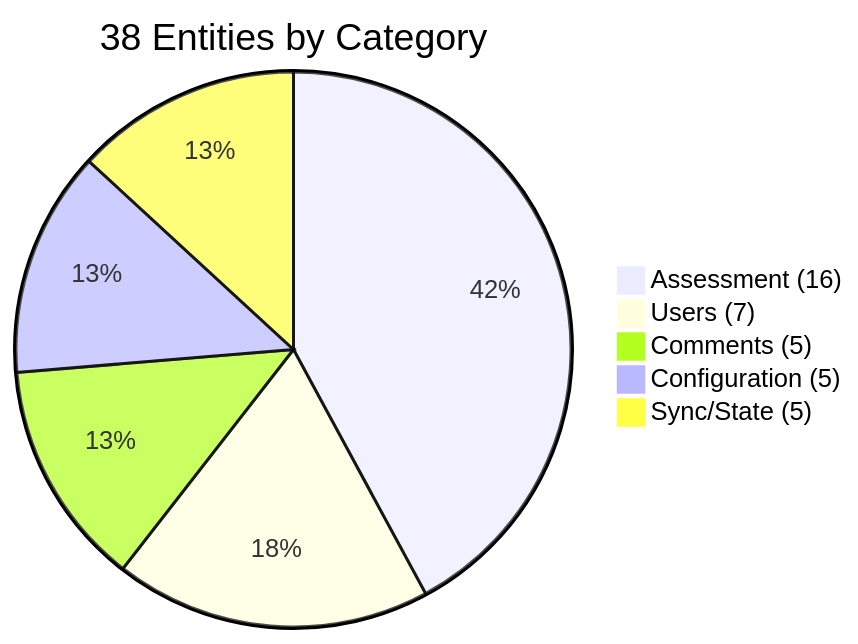
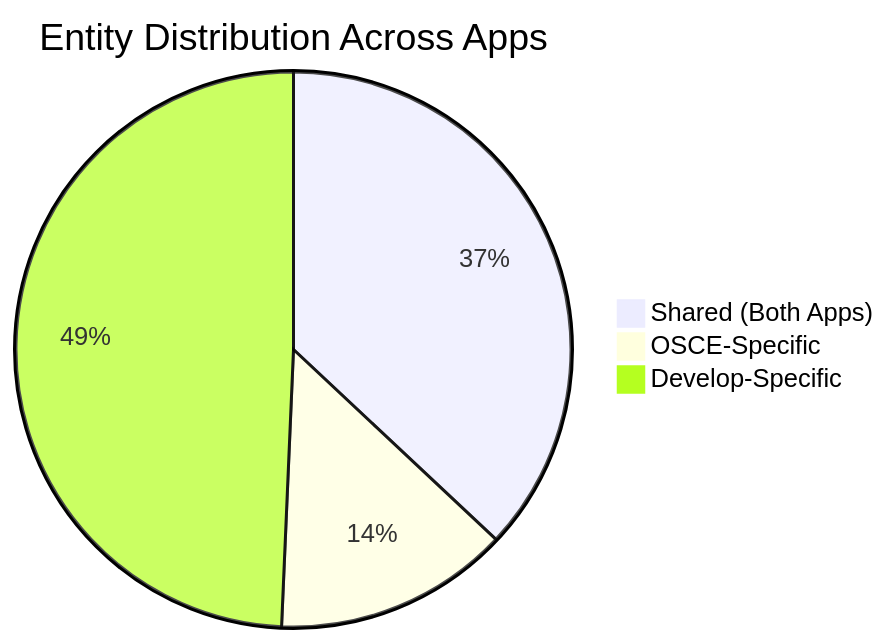
One commit to DanSmithTII/ipad-documentation changed the diagram in data-model.md. Above: the diagram before and after it, drawn with Mermaid. The commit also changed other lines of this file and 3 other files, not shown here.

First line of the commit message:
Update documentation to distinguish OSCE and Develop apps

````diff
--- a/data-model.md
+++ b/data-model.md
@@ -43,8 +48,6 @@
 ```mermaid
-pie title 38 Entities by Category
-    "Assessment (16)" : 16
-    "Users (7)" : 7
-    "Comments (5)" : 5
-    "Configuration (5)" : 5
-    "Sync/State (5)" : 5
+pie title Entity Distribution Across Apps
+    "Shared (Both Apps)" : 27
+    "OSCE-Specific" : 10
+    "Develop-Specific" : 36
 ```
````
